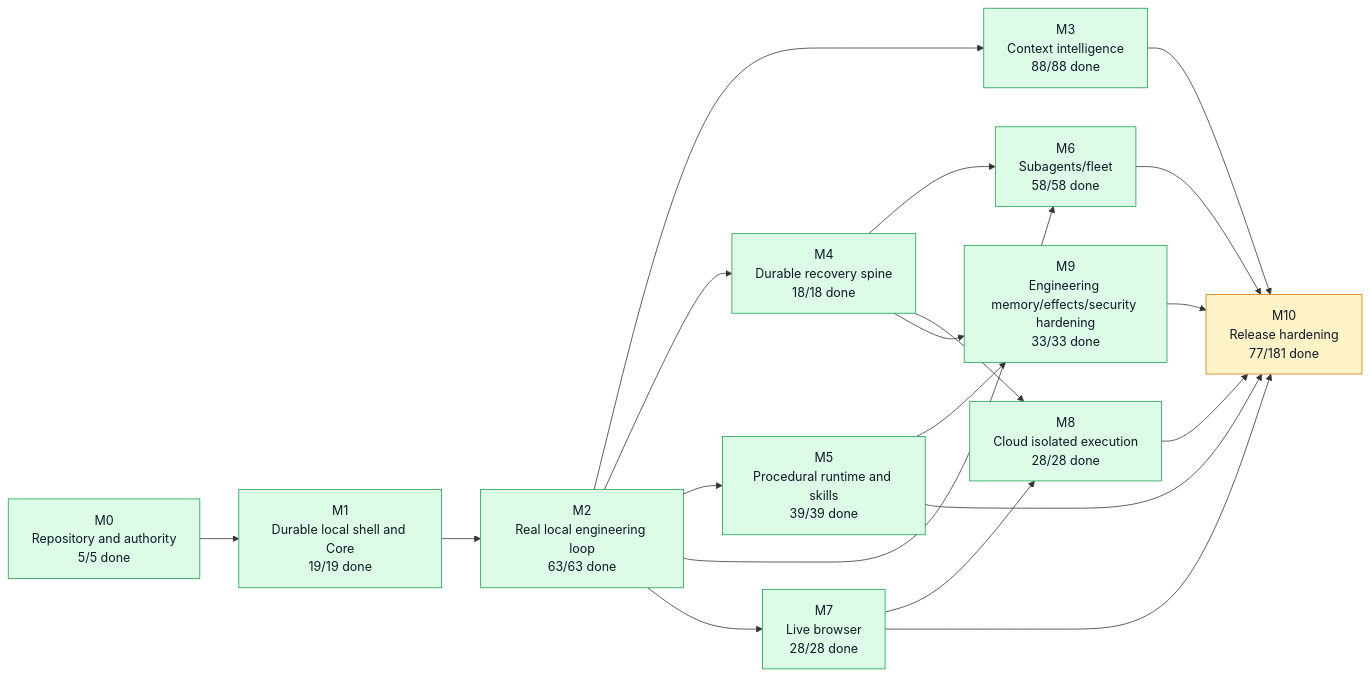
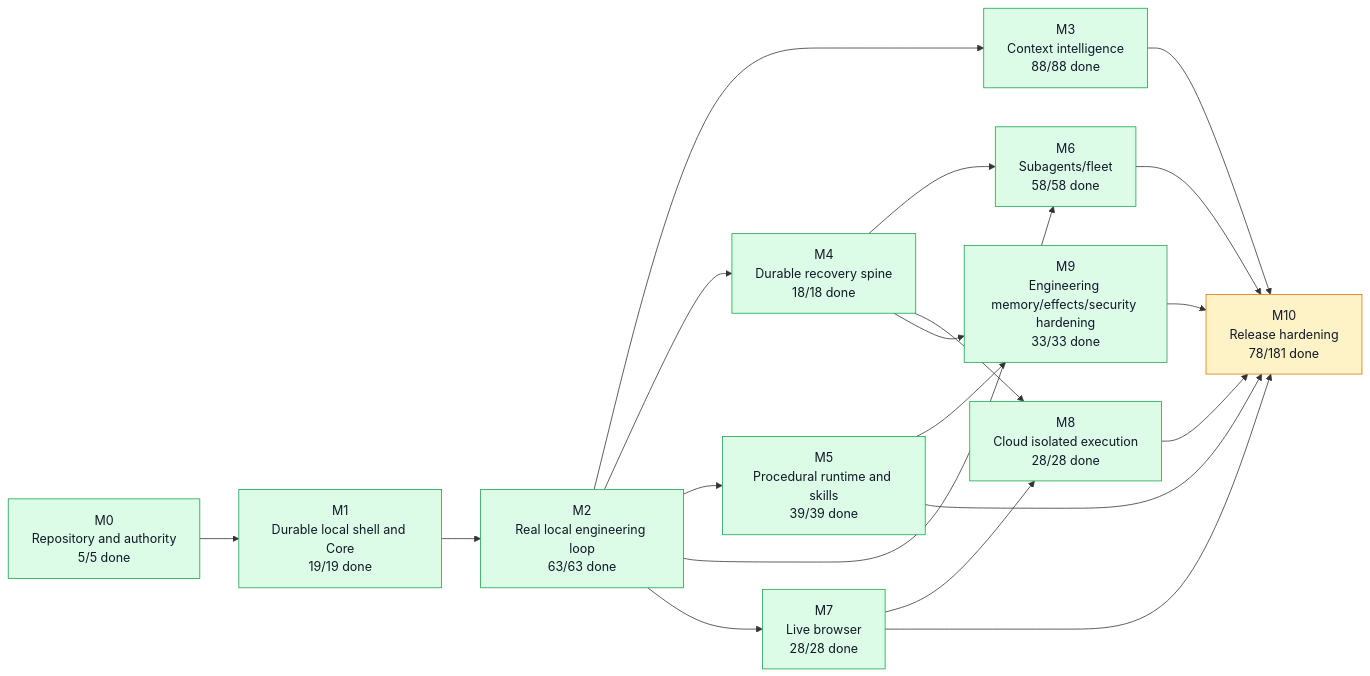
Before and after one commit to moss101/modbit: the first of 5 diagrams in graph/PROJECT_GRAPH.md, drawn with Mermaid. The commit also changed other lines of this file and 5 other files, not shown here.

````diff
--- a/graph/PROJECT_GRAPH.md
+++ b/graph/PROJECT_GRAPH.md
@@ -57,43 +57,43 @@
 ```mermaid
 flowchart LR
   M0["M0<br/>Repository and authority<br/>5/5 done"]
   M1["M1<br/>Durable local shell and Core<br/>19/19 done"]
   M2["M2<br/>Real local engineering loop<br/>63/63 done"]
   M3["M3<br/>Context intelligence<br/>88/88 done"]
   M4["M4<br/>Durable recovery spine<br/>18/18 done"]
   M5["M5<br/>Procedural runtime and skills<br/>39/39 done"]
   M6["M6<br/>Subagents/fleet<br/>58/58 done"]
   M7["M7<br/>Live browser<br/>28/28 done"]
   M8["M8<br/>Cloud isolated execution<br/>28/28 done"]
   M9["M9<br/>Engineering memory/effects/security hardening<br/>33/33 done"]
-  M10["M10<br/>Release hardening<br/>77/181 done"]
+  M10["M10<br/>Release hardening<br/>78/181 done"]
   M0 --> M1
   M1 --> M2
   M2 --> M3
   M2 --> M4
   M2 --> M5
   M2 --> M6
   M4 --> M6
   M2 --> M7
   M4 --> M8
   M7 --> M8
   M4 --> M9
   M5 --> M9
   M3 --> M10
   M5 --> M10
   M6 --> M10
   M7 --> M10
   M8 --> M10
   M9 --> M10
   style M0 fill:#dcfce7,stroke:#16a34a,color:#111827
   style M1 fill:#dcfce7,stroke:#16a34a,color:#111827
   style M2 fill:#dcfce7,stroke:#16a34a,color:#111827
   style M3 fill:#dcfce7,stroke:#16a34a,color:#111827
   style M4 fill:#dcfce7,stroke:#16a34a,color:#111827
   style M5 fill:#dcfce7,stroke:#16a34a,color:#111827
   style M6 fill:#dcfce7,stroke:#16a34a,color:#111827
   style M7 fill:#dcfce7,stroke:#16a34a,color:#111827
   style M8 fill:#dcfce7,stroke:#16a34a,color:#111827
   style M9 fill:#dcfce7,stroke:#16a34a,color:#111827
   style M10 fill:#fef3c7,stroke:#d97706,color:#111827
 ```
````
